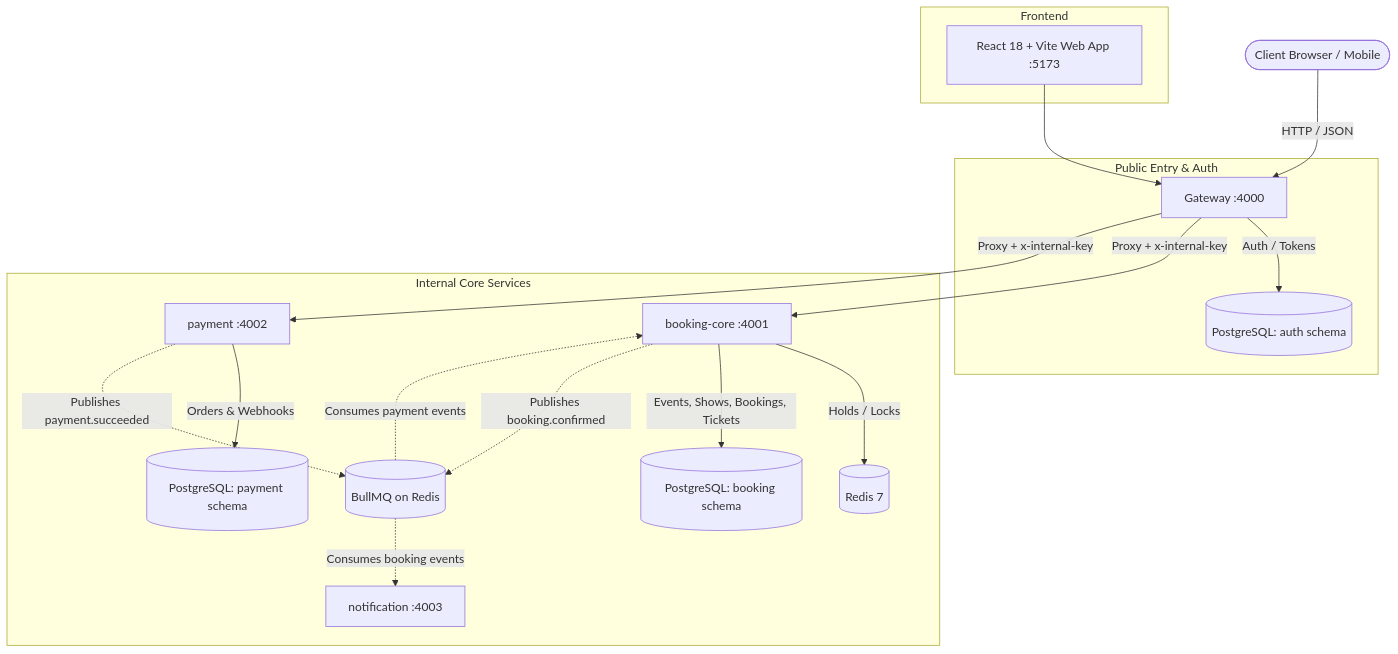
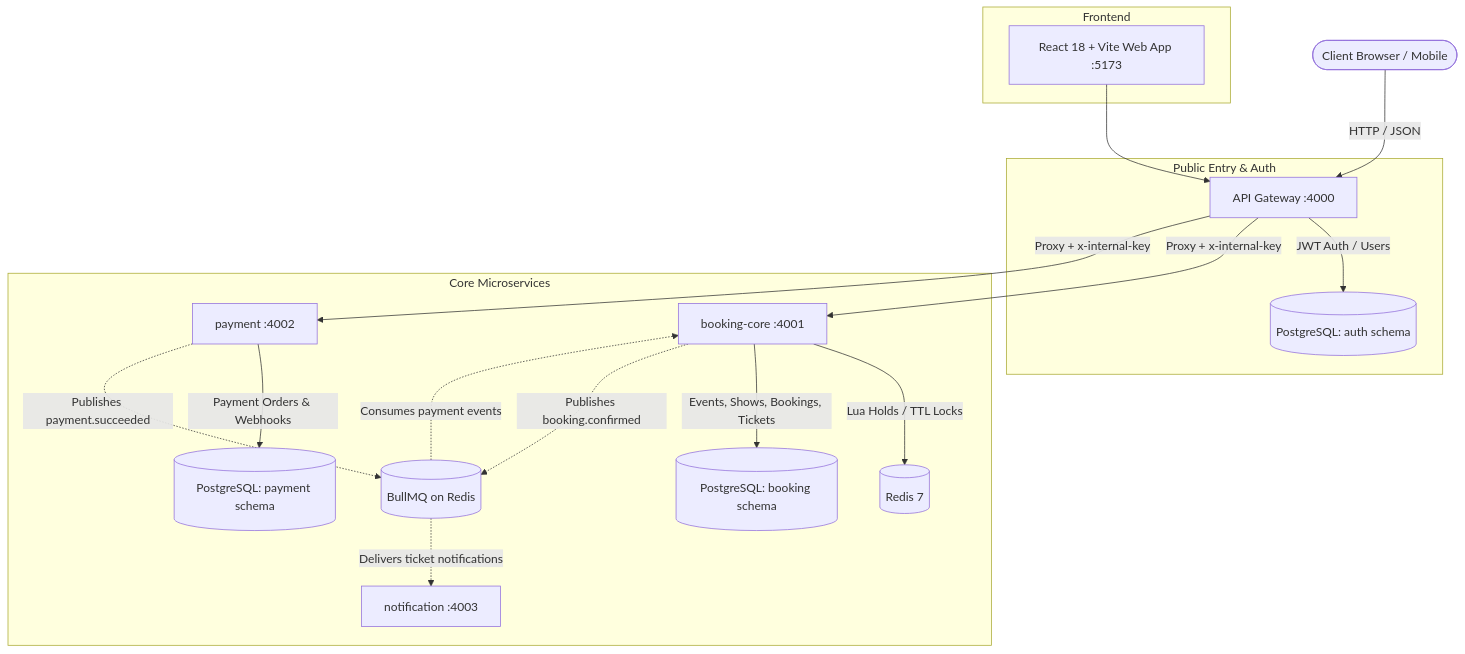
Before and after one commit to PrakharJain345/Seat-Snap: the diagram in README.md, drawn with Mermaid. The commit also changed other lines of this file and 30 other files, not shown here.

````diff
--- a/README.md
+++ b/README.md
@@ -13,27 +44,27 @@
 ```mermaid
 graph TD
-  User([Client Browser / Mobile]) -->|HTTP / JSON| Gateway[Gateway :4000]
+  User([Client Browser / Mobile]) -->|HTTP / JSON| Gateway[API Gateway :4000]
   
   subgraph Public Entry & Auth
-    Gateway -->|Auth / Tokens| AuthDB[(PostgreSQL: auth schema)]
+    Gateway -->|JWT Auth / Users| AuthDB[(PostgreSQL: auth schema)]
   end
 
-  subgraph Internal Core Services
+  subgraph Core Microservices
     Gateway -->|Proxy + x-internal-key| BookingCore[booking-core :4001]
     Gateway -->|Proxy + x-internal-key| PaymentSvc[payment :4002]
     
-    BookingCore -->|Holds / Locks| Redis[(Redis 7)]
+    BookingCore -->|Lua Holds / TTL Locks| Redis[(Redis 7)]
     BookingCore -->|Events, Shows, Bookings, Tickets| BookingDB[(PostgreSQL: booking schema)]
     
-    PaymentSvc -->|Orders & Webhooks| PaymentDB[(PostgreSQL: payment schema)]
+    PaymentSvc -->|Payment Orders & Webhooks| PaymentDB[(PostgreSQL: payment schema)]
     
-    PaymentSvc -.->|Publishes payment.succeeded| RedisQueue[(BullMQ on Redis)]
-    RedisQueue -.->|Consumes payment events| BookingCore
-    BookingCore -.->|Publishes booking.confirmed| RedisQueue
-    RedisQueue -.->|Consumes booking events| NotifSvc[notification :4003]
+    PaymentSvc -.->|Publishes payment.succeeded| Queue[(BullMQ on Redis)]
+    Queue -.->|Consumes payment events| BookingCore
+    BookingCore -.->|Publishes booking.confirmed| Queue
+    Queue -.->|Delivers ticket notifications| NotifSvc[notification :4003]
   end
 
   subgraph Frontend
     Web[React 18 + Vite Web App :5173] --> Gateway
   end
 ```
````
